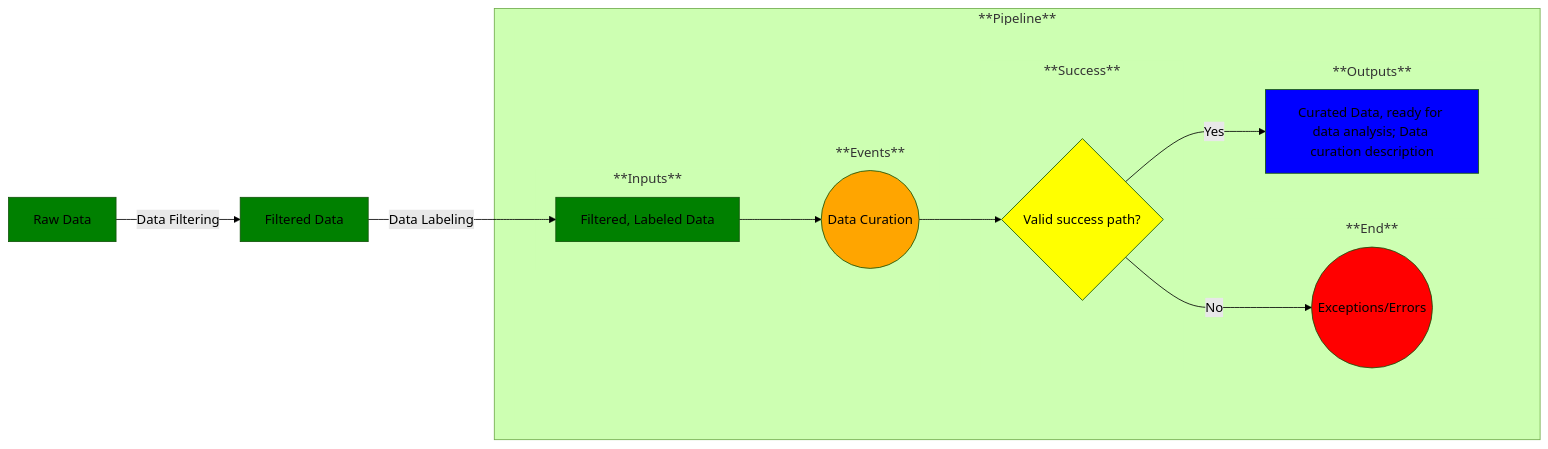
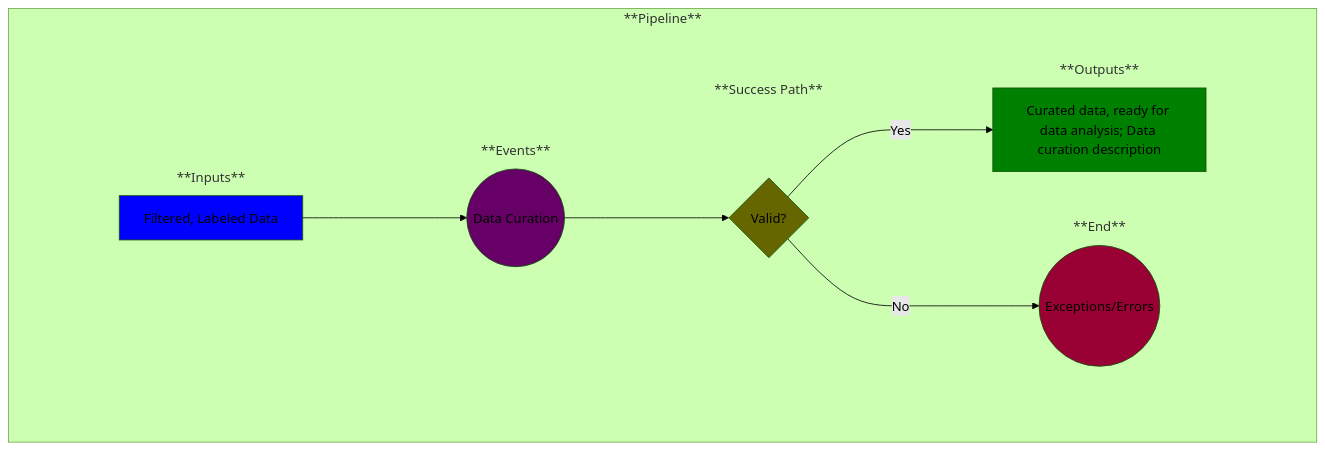
Before and after one commit to MLOps-OpenAPI/arch-diagrams: the diagram in use-cases/4-data-analysis.md, drawn with Mermaid (forest theme). The commit also changed other lines of this file and 4 other files, not shown here.

````diff
--- a/use-cases/4-data-analysis.md
+++ b/use-cases/4-data-analysis.md
@@ -17,72 +18,65 @@
 ```mermaid
 
 %% Creating a left-to-right flowchart
 %% Learn the syntax here: https://mermaid.js.org/syntax/flowchart.html
 %% Note: flowchart and graph are the same in Mermaid
 graph LR;
 
     %% Define the common flow items:
-    A--> | Data Filtering | B--> | Data Labeling | C
     %%A--> B
     %%B-->C
     subgraph Pipeline ["**Pipeline**"]
         
         %% Add an empty node to overcome some formatting issues
         subgraph invisibleSpace["<br/>"]
 
             %% Add the rest of the nodes
             subgraph Inputs ["**Inputs**"]
-                C 
+                A 
             end
             subgraph Events ["**Events**"]
+                B
+            end
+            subgraph Success ["**Success Path**"]
+                C
+            end
+            subgraph End ["**End**"]
                 D
             end
-            subgraph Success ["**Success**"]
+            subgraph Outputs ["**Outputs**"]
                 E
             end
-            subgraph End ["**End**"]
-                F
-            end
-            subgraph Outputs ["**Outputs**"]
-                G
-            end
         end
-        C-->D
-        D-->E
-        E--> | No | F
-        E--> | Yes | G
+        A-->B
+        B-->C
+        C--> | Yes | E
+        C--> | No | D
     end
 
     %% Now label and style the blocks
     %% Note: You could have done this above, but I find this to be cleaner and easier to manage
 
-    A[Raw Data]
-    style A fill:green
+    A[Filtered, Labeled Data]
+    style A fill:blue
 
-    B[Filtered Data]
-    style B fill:green
+    B((Data Curation))
+    style B fill:#660066
 
-    C[Filtered, Labeled Data]
-    style C fill:green
+    C{Valid?}
+    style C fill:#666600
 
-    D((Data Curation))
-    style D fill:orange
+    D((Exceptions/Errors))
+    style D fill:#990033
 
-    E{Valid success path?}
-    style E fill:yellow
-
-    F((Exceptions/Errors))
-    style F fill:red
-
-    G[Curated Data, ready for data analysis; Data curation description]
-    style G fill:blue
+    E[Curated data, ready for data analysis; Data curation description]
+    style E fill:green
 
     %% Remove unnecessary box outlines
     style invisibleSpace stroke-width:0
     style Inputs stroke-width:0
     style Events stroke-width:0
     style Outputs stroke-width:0
     style End stroke-width:0
     style Success stroke-width:0
 
 ```
````
